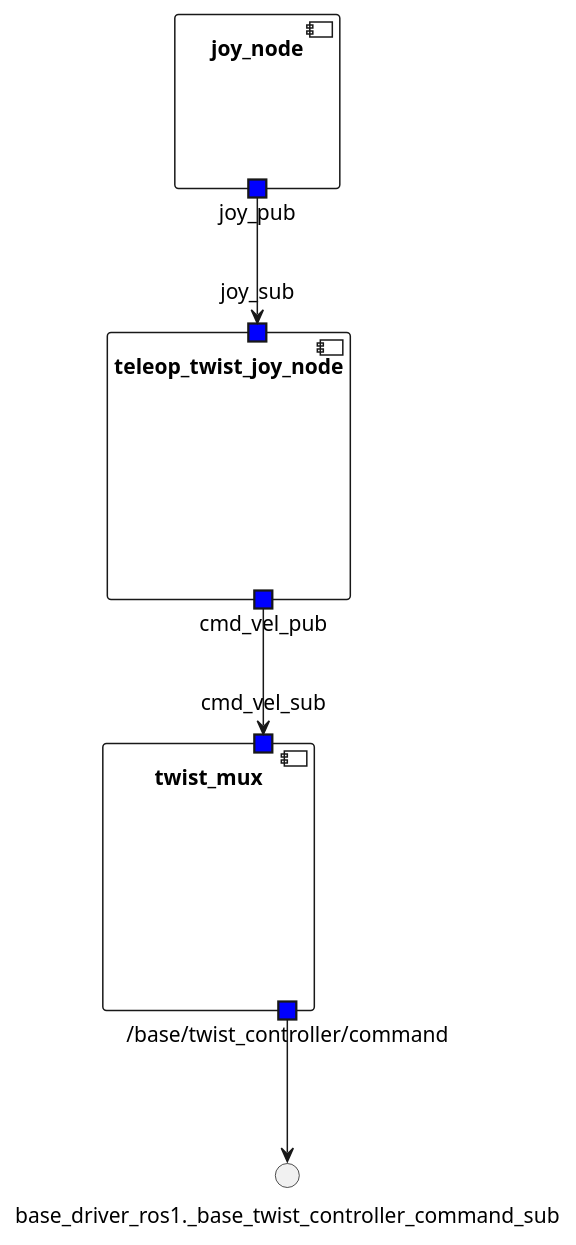
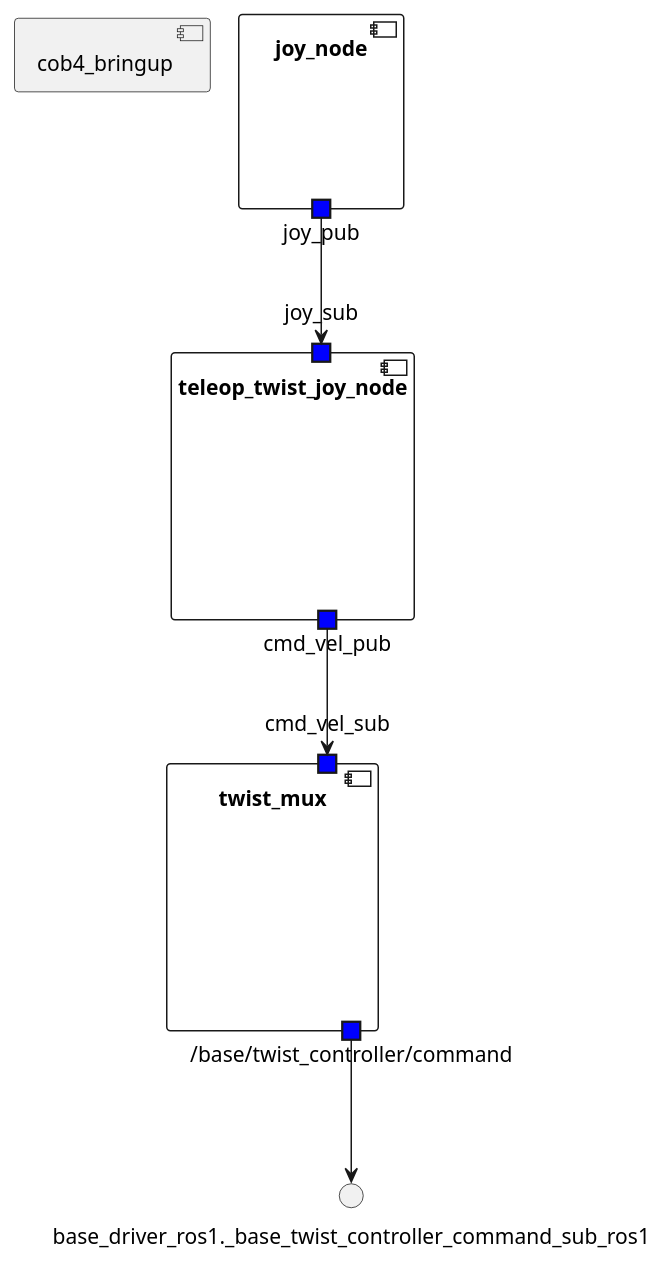
One commit to ipa-ych/cob_eclipse_workspace changed the diagram in cob_teleop_robot/src-gen/cob_teleop_robot/resource/cob_teleop_robot.puml. Above: the diagram before and after it, drawn with PlantUML. The commit also changed 312 other files, not shown here.

```diff
--- a/cob_teleop_robot/src-gen/cob_teleop_robot/resource/cob_teleop_robot.puml
+++ b/cob_teleop_robot/src-gen/cob_teleop_robot/resource/cob_teleop_robot.puml
@@ -1,35 +1,37 @@
 @startuml
 
 /'SUBSYSTEMS'/
+component cob4_bringup {
+ }
 
   component joy_node {
 
 /' PORTS DEFINED AS AVAILABLE IN THE ROSSYSTEM FILE '/
     portout joy_node.joy_pub as "joy_pub" #blue
 
 /' PORTS FROM THE ORIGINAL NODE '/
   }
 
   component twist_mux {
 
 /' PORTS DEFINED AS AVAILABLE IN THE ROSSYSTEM FILE '/
     portout twist_mux._base_twist_controller_command as "/base/twist_controller/command" #blue
     portin twist_mux.cmd_vel_sub as "cmd_vel_sub" #blue
 
 /' PORTS FROM THE ORIGINAL NODE '/
   }
 
   component teleop_twist_joy_node {
 
 /' PORTS DEFINED AS AVAILABLE IN THE ROSSYSTEM FILE '/
     portin teleop_twist_joy_node.joy_sub as "joy_sub" #blue
     portout teleop_twist_joy_node.cmd_vel_pub as "cmd_vel_pub" #blue
 
 /' PORTS FROM THE ORIGINAL NODE '/
   }
 
-  twist_mux._base_twist_controller_command --> base_driver_ros1._base_twist_controller_command_sub
+  twist_mux._base_twist_controller_command --> base_driver_ros1._base_twist_controller_command_sub_ros1
   joy_node.joy_pub --> teleop_twist_joy_node.joy_sub
   teleop_twist_joy_node.cmd_vel_pub --> twist_mux.cmd_vel_sub
 
 @enduml
```
